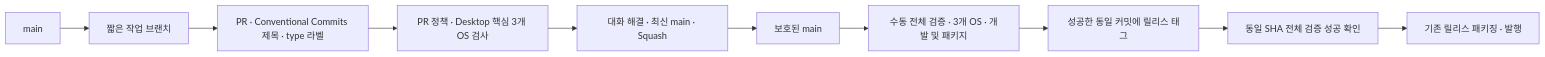
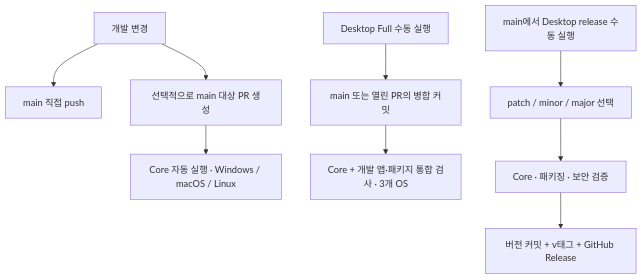
One commit to comnori/metis changed the diagram in doc/diagrams/git-policy.mmd. Above: the diagram before and after it, drawn with Mermaid. The commit also changed 15 other files, not shown here.

First line of the commit message:
ci: 1인 개발용 Core·Full 체크 및 수동 릴리즈 간소화 (#5)

```diff
--- a/doc/diagrams/git-policy.mmd
+++ b/doc/diagrams/git-policy.mmd
@@ -1,10 +1,9 @@
-flowchart LR
-    Main["main"] --> Branch["짧은 작업 브랜치"]
-    Branch --> PR["PR · Conventional Commits 제목 · type 라벨"]
-    PR --> Checks["PR 정책 · Desktop 핵심 3개 OS 검사"]
-    Checks --> Squash["대화 해결 · 최신 main · Squash"]
-    Squash --> Protected["보호된 main"]
-    Protected --> Full["수동 전체 검증 · 3개 OS · 개발 및 패키지"]
-    Full --> Tag["성공한 동일 커밋에 릴리스 태그"]
-    Tag --> Gate["동일 SHA 전체 검증 성공 확인"]
-    Gate --> Release["기존 릴리스 패키징 · 발행"]
+flowchart TD
+    Change["개발 변경"] --> Main["main 직접 push"]
+    Change --> PR["선택적으로 main 대상 PR 생성"]
+    PR --> Core["Core 자동 실행 · Windows / macOS / Linux"]
+    Manual["Desktop Full 수동 실행"] --> Target["main 또는 열린 PR의 병합 커밋"]
+    Target --> Full["Core + 개발 앱·패키지 통합 검사 · 3개 OS"]
+    Release["main에서 Desktop release 수동 실행"] --> Bump["patch / minor / major 선택"]
+    Bump --> Verify["Core · 패키징 · 보안 검증"]
+    Verify --> Publish["버전 커밋 + v태그 + GitHub Release"]
```
